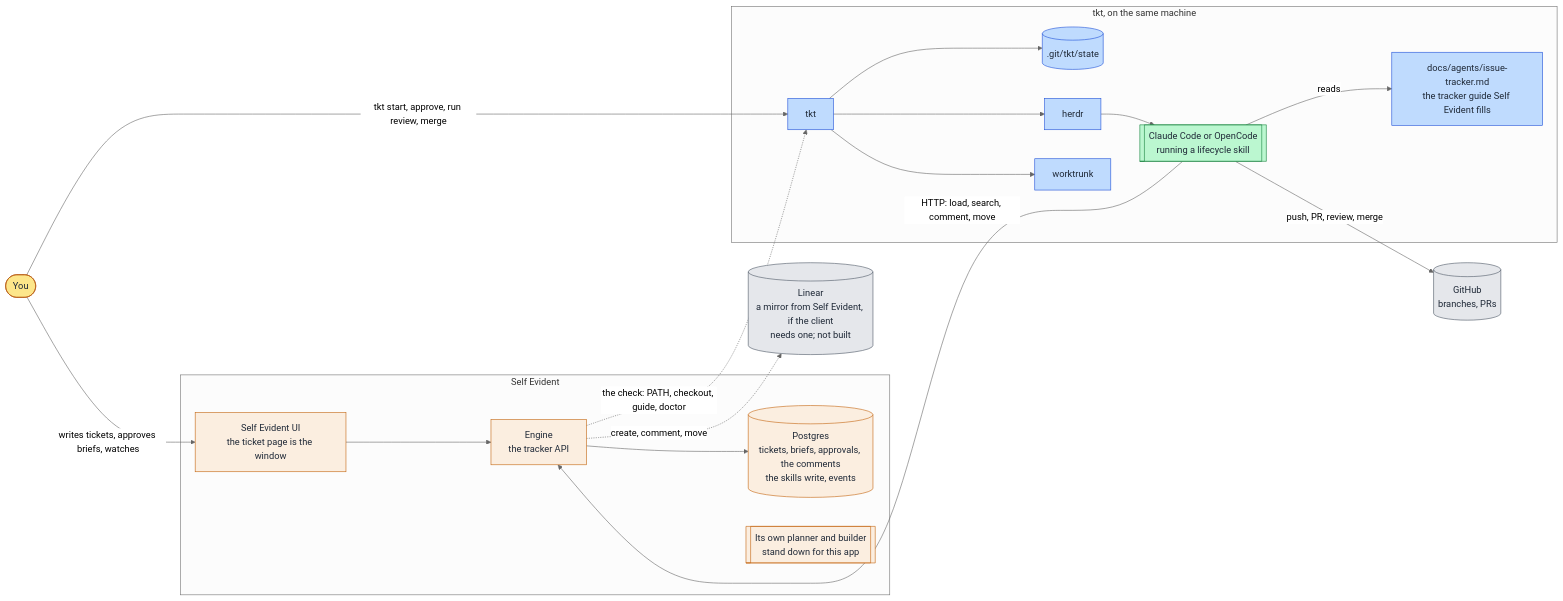
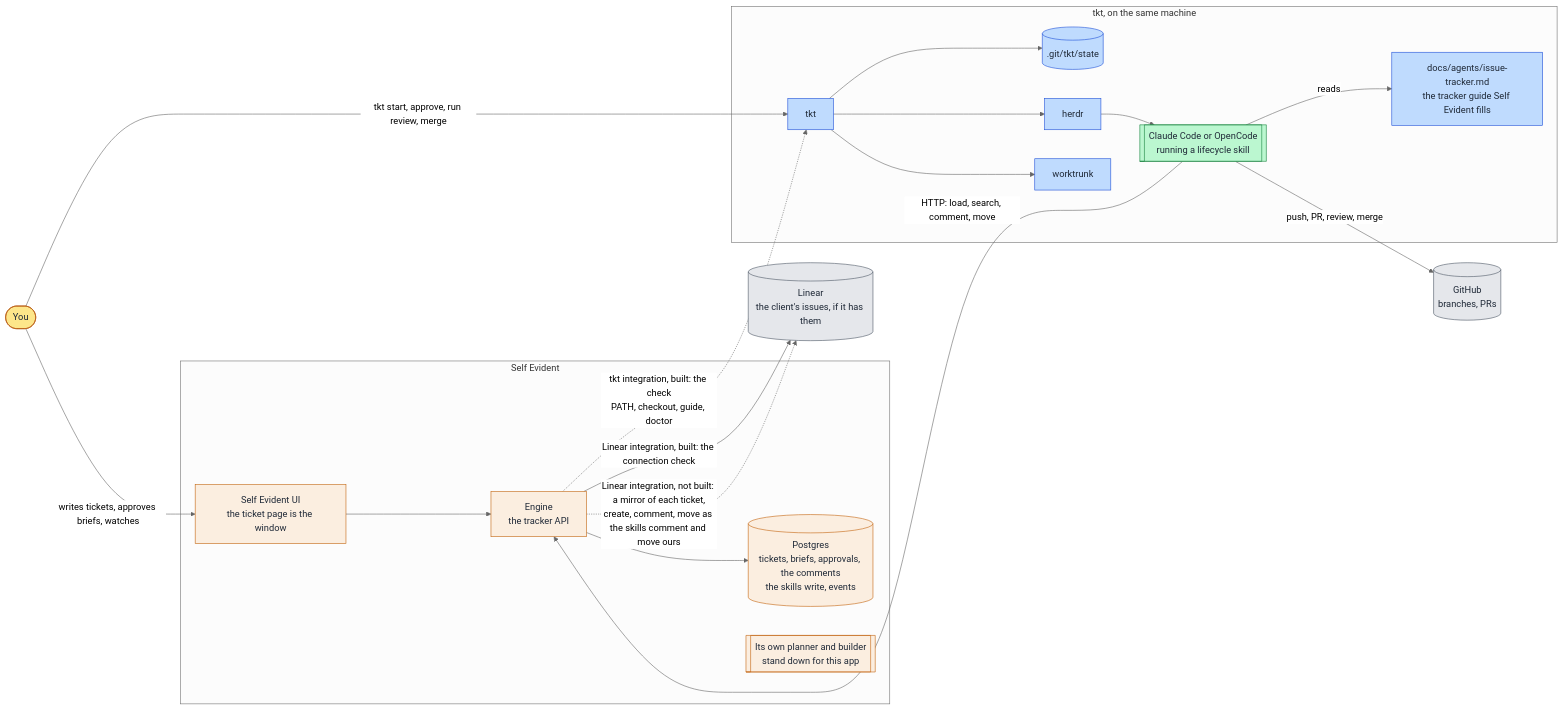
Before and after one commit to infinitedusky/self-evident: the third of 3 diagrams in docs/what-owns-what.md, drawn with Mermaid (neutral theme). The commit also changed other lines of this file, not shown here.

First line of the commit message:
Docs: Linear drawn into the three pictures

````diff
--- a/docs/what-owns-what.md
+++ b/docs/what-owns-what.md
@@ -95,41 +104,42 @@
 ```mermaid
 flowchart LR
   you([You])
   subgraph se[Self Evident]
     ui[Self Evident UI<br/>the ticket page is the window]
     engine[Engine<br/>the tracker API]
     db[(Postgres<br/>tickets, briefs, approvals, the comments<br/>the skills write, events)]
     own[[Its own planner and builder<br/>stand down for this app]]
   end
   subgraph local[tkt, on the same machine]
     tkt[tkt]
     state[(.git/tkt/state)]
     herdr[herdr]
     wt[worktrunk]
     agent[[Claude Code or OpenCode<br/>running a lifecycle skill]]
     cfg[docs/agents/issue-tracker.md<br/>the tracker guide Self Evident fills]
   end
   gh[(GitHub<br/>branches, PRs)]
-  lin[(Linear<br/>a mirror from Self Evident, if the client<br/>needs one; not built)]
+  lin[(Linear<br/>the client's issues, if it has them)]
   you -->|writes tickets, approves briefs, watches| ui --> engine --> db
   you -->|tkt start, approve, run review, merge| tkt
   tkt --> state
   tkt --> herdr --> agent
   tkt --> wt
   agent -->|reads| cfg
   agent -->|HTTP: load, search, comment, move| engine
   agent -->|push, PR, review, merge| gh
-  engine -.->|create, comment, move| lin
-  engine -.->|the check: PATH, checkout, guide, doctor| tkt
+  engine -->|Linear integration, built: the connection check| lin
+  engine -.->|Linear integration, not built: a mirror of each ticket,<br/>create, comment, move as the skills comment and move ours| lin
+  engine -.->|tkt integration, built: the check<br/>PATH, checkout, guide, doctor| tkt
 
   classDef you fill:#fde68a,stroke:#b45309,color:#1f2937
   classDef se fill:#fbeee0,stroke:#c2620b,color:#1f2937
   classDef tkt fill:#bfdbfe,stroke:#1d4ed8,color:#1f2937
   classDef skill fill:#bbf7d0,stroke:#15803d,color:#1f2937
   classDef ext fill:#e5e7eb,stroke:#4b5563,color:#1f2937
   class you you
   class ui,engine,db,own se
   class tkt,state,herdr,wt,cfg tkt
   class agent skill
   class gh,lin ext
 ```
````
